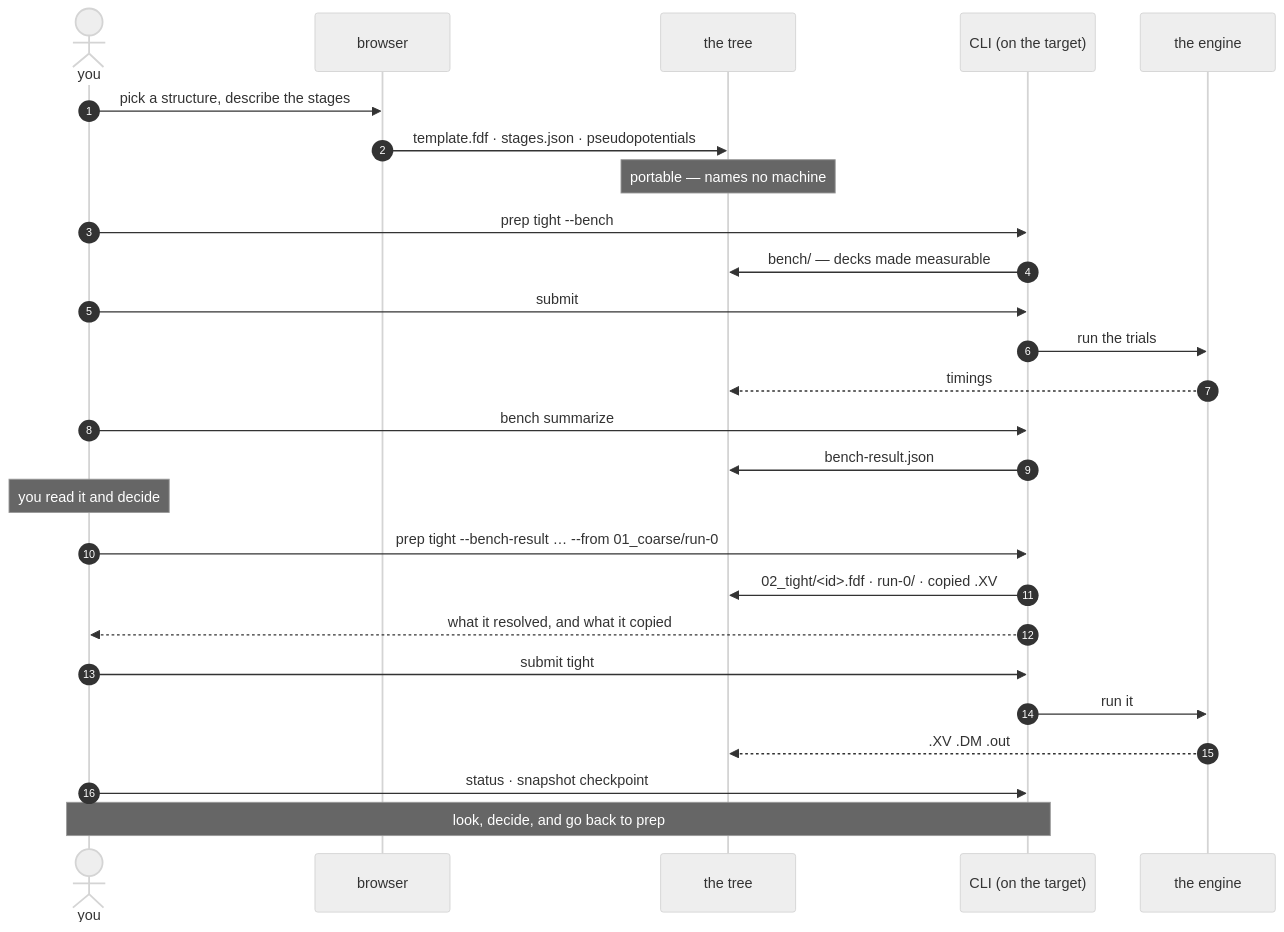
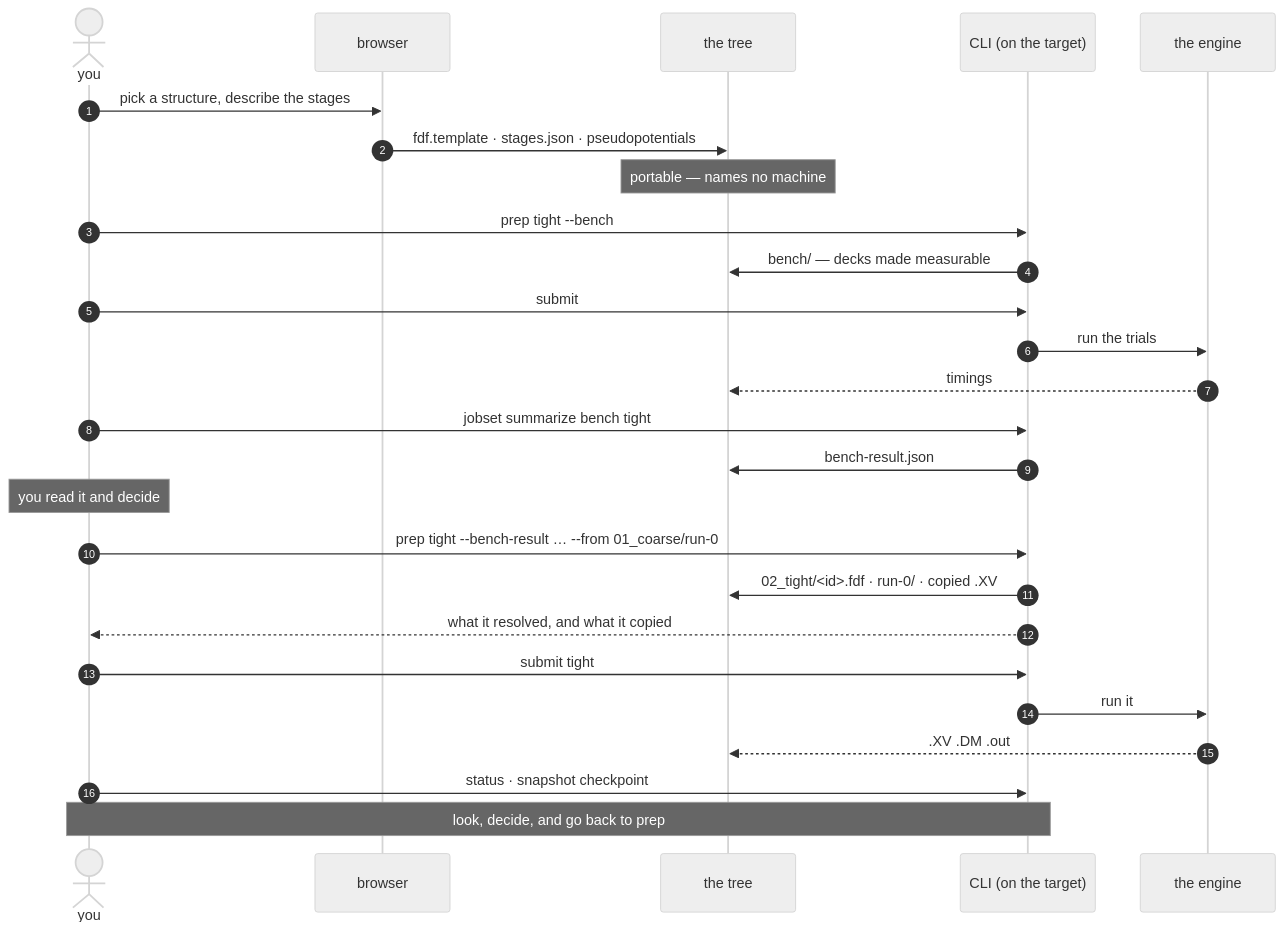
The eighth of 9 diagrams in docs/execution/project-layout.md (Qing-LAB/molbuilder), drawn with Mermaid (neutral theme) before and after one commit. The commit also changed other lines of this file and 6 other files, not shown here.

````diff
--- a/docs/execution/project-layout.md
+++ b/docs/execution/project-layout.md
@@ -765,33 +778,33 @@
 ```mermaid
 sequenceDiagram
     autonumber
     actor U as you
     participant B as browser
     participant T as the tree
     participant C as CLI (on the target)
     participant E as the engine
 
     U->>B: pick a structure, describe the stages
-    B->>T: template.fdf · stages.json · pseudopotentials
+    B->>T: fdf.template · stages.json · pseudopotentials
     Note over T: portable — names no machine
 
     U->>C: prep tight --bench
     C->>T: bench/ — decks made measurable
     U->>C: submit
     C->>E: run the trials
     E-->>T: timings
-    U->>C: bench summarize
+    U->>C: jobset summarize bench tight
     C->>T: bench-result.json
 
     Note over U: you read it and decide
 
     U->>C: prep tight --bench-result … --from 01_coarse/run-0
     C->>T: 02_tight/<id>.fdf · run-0/ · copied .XV
     C-->>U: what it resolved, and what it copied
     U->>C: submit tight
     C->>E: run it
     E-->>T: .XV .DM .out
 
     U->>C: status · snapshot checkpoint
     Note over U,C: look, decide, and go back to prep
 ```
````
